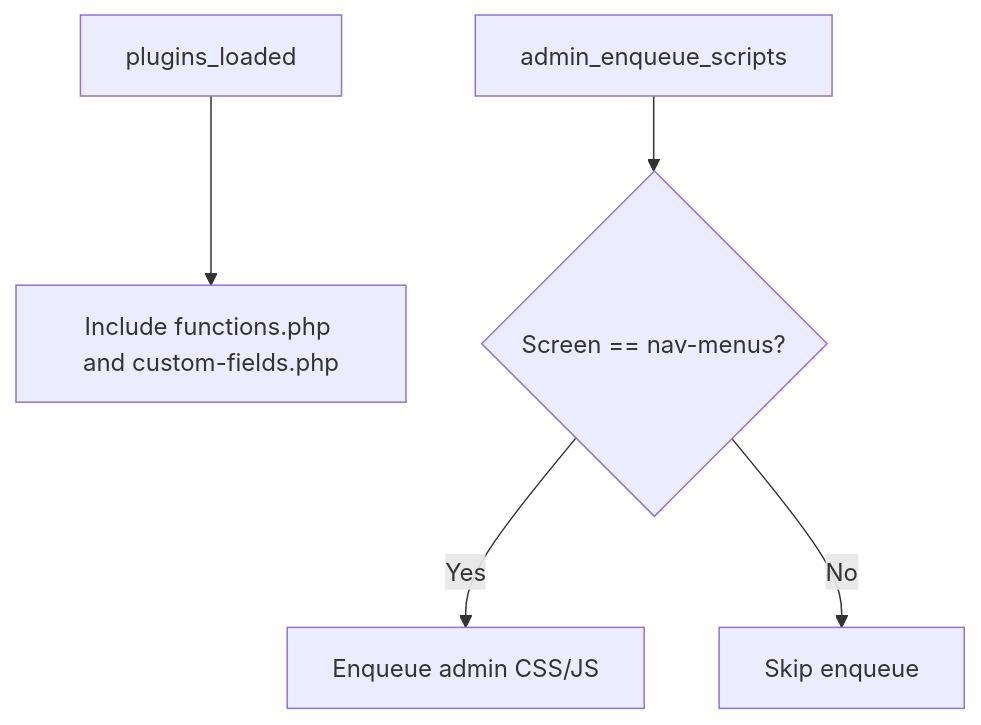
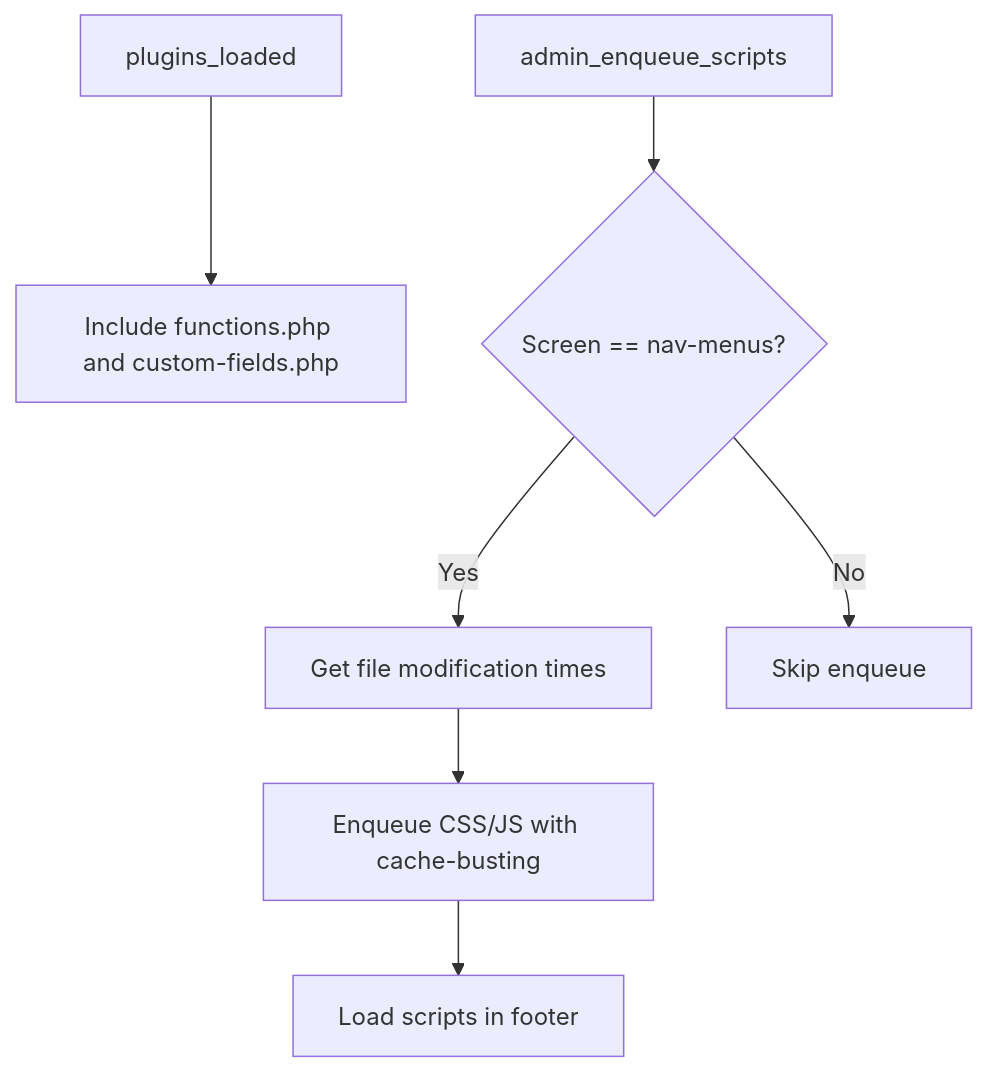
The fifth of 6 diagrams in .qoder/repowiki/en/content/Customization Guide/Performance Optimization.md (mahfuzurwp/hide-menu-items-by-role), drawn with Mermaid before and after one commit. The commit also changed other lines of this file and 20 other files, not shown here.

````diff
--- a/.qoder/repowiki/en/content/Customization Guide/Performance Optimization.md
+++ b/.qoder/repowiki/en/content/Customization Guide/Performance Optimization.md
@@ -173,7 +181,9 @@
 ```mermaid
 flowchart TD
 Init["plugins_loaded"] --> IncludeFiles["Include functions.php and custom-fields.php"]
 AdminEnqueue["admin_enqueue_scripts"] --> CheckScreen{"Screen == nav-menus?"}
-CheckScreen --> |Yes| EnqueueAssets["Enqueue admin CSS/JS"]
+CheckScreen --> |Yes| GetFileTimes["Get file modification times"]
 CheckScreen --> |No| Skip["Skip enqueue"]
+GetFileTimes --> EnqueueAssets["Enqueue CSS/JS with cache-busting"]
+EnqueueAssets --> FooterLoad["Load scripts in footer"]
 ```
````
